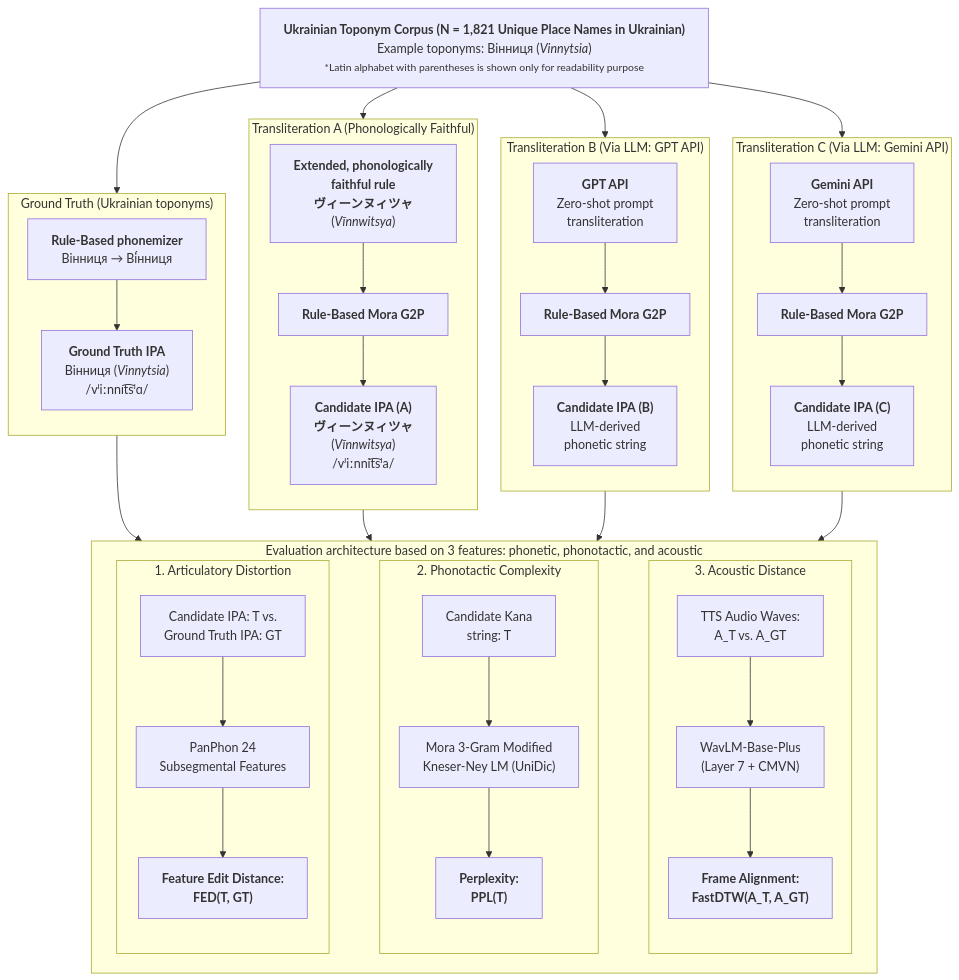
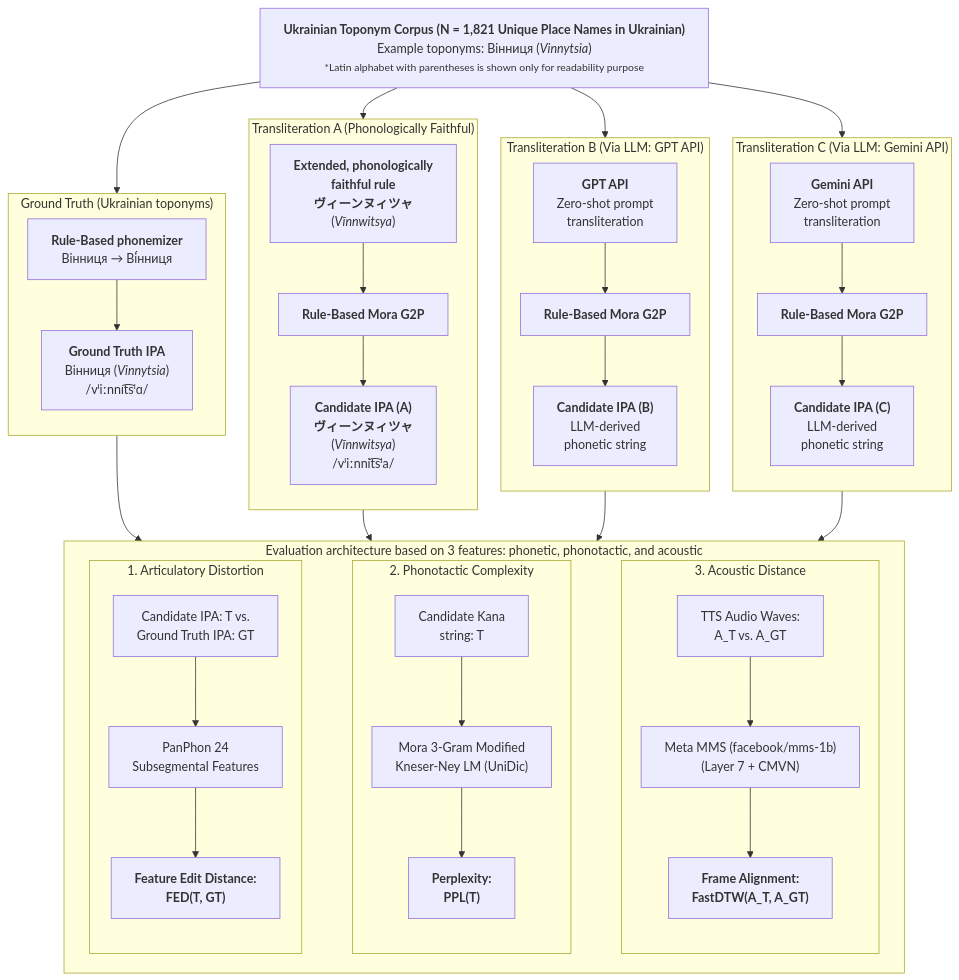
Before and after one commit to katsufu/ukrainian-toponym-japanese-transliteration: the diagram in README.md, drawn with Mermaid. The commit also changed other lines of this file and 5 other files, not shown here.

Commit message:
Improve LLM batch accent-pair splitting and arrow salvage; sync docs to Meta MMS

````diff
--- a/README.md
+++ b/README.md
@@ -28,75 +28,75 @@
 ```mermaid
 %%{init: {'flowchart': {'wrappingWidth': 650, 'nodeSpacing': 30, 'rankSpacing': 40}}}%%
 flowchart TD
     TOP["<b>Ukrainian Toponym Corpus (N = 1,821 Unique Place Names in Ukrainian)</b><br/>Example toponyms: Вінниця (<i>Vinnytsia</i>)<br/><small>*Latin alphabet with parentheses is shown only for readability purpose</small>"]
 
     subgraph COL1 ["Ground Truth (Ukrainian toponyms)"]
         direction TB
         C1_S1["<b>Rule-Based phonemizer</b><br/>Вінниця → Ві́нниця"]
         C1_S2["<b>Ground Truth IPA</b><br/>Вінниця (<i>Vinnytsia</i>)<br/>/vʲiːnnɪt͡sʲɑ/"]
         C1_S1 --> C1_S2
     end
 
     subgraph COL2 ["Transliteration A (Phonologically Faithful)"]
         direction TB
         C2_S1["<b>Extended, phonologically<br/>faithful rule</b><br/><b>ヴィーンヌィツャ</b><br/>(<i>Vīnnwitsya</i>)"]
         C2_S2["<b>Rule-Based Mora G2P</b>"]
         C2_S3["<b>Candidate IPA (A)</b><br/><b>ヴィーンヌィツャ</b><br/>(<i>Vīnnwitsya</i>)<br/>/vʲiːnnit͡sʲa/"]
         C2_S1 --> C2_S2 --> C2_S3
     end
 
     subgraph COL3 ["Transliteration B (Via LLM: GPT API)"]
         direction TB
         C3_S1["<b>GPT API</b><br/>Zero-shot prompt<br/>transliteration"]
         C3_S2["<b>Rule-Based Mora G2P</b>"]
         C3_S3["<b>Candidate IPA (B)</b><br/>LLM-derived<br/>phonetic string"]
         C3_S1 --> C3_S2 --> C3_S3
     end
 
     subgraph COL4 ["Transliteration C (Via LLM: Gemini API)"]
         direction TB
         C4_S1["<b>Gemini API</b><br/>Zero-shot prompt<br/>transliteration"]
         C4_S2["<b>Rule-Based Mora G2P</b>"]
         C4_S3["<b>Candidate IPA (C)</b><br/>LLM-derived<br/>phonetic string"]
         C4_S1 --> C4_S2 --> C4_S3
     end
 
     subgraph EVAL ["Evaluation architecture based on 3 features: phonetic, phonotactic, and acoustic"]
         direction LR
         subgraph E1 ["1. Articulatory Distortion"]
             direction TB
             E1_S1["Candidate IPA: T vs.<br/>Ground Truth IPA: GT"]
             E1_S2["PanPhon 24<br/>Subsegmental Features"]
             E1_S3["<b>Feature Edit Distance:<br/>FED(T, GT)</b>"]
             E1_S1 --> E1_S2 --> E1_S3
         end
 
         subgraph E2 ["2. Phonotactic Complexity"]
             direction TB
             E2_S1["Candidate Kana<br/>string: T"]
             E2_S2["Mora 3-Gram Modified<br/>Kneser-Ney LM (UniDic)"]
             E2_S3["<b>Perplexity:<br/>PPL(T)</b>"]
             E2_S1 --> E2_S2 --> E2_S3
         end
 
         subgraph E3 ["3. Acoustic Distance"]
             direction TB
             E3_S1["TTS Audio Waves:<br/>A_T vs. A_GT"]
-            E3_S2["WavLM-Base-Plus<br/>(Layer 7 + CMVN)"]
+            E3_S2["Meta MMS (facebook/mms-1b)<br/>(Layer 7 + CMVN)"]
             E3_S3["<b>Frame Alignment:<br/>FastDTW(A_T, A_GT)</b>"]
             E3_S1 --> E3_S2 --> E3_S3
         end
 
         E1 ~~~ E2 ~~~ E3
     end
 
     TOP --> COL1
     TOP --> COL2
     TOP --> COL3
     TOP --> COL4
 
     COL1 --> EVAL
     COL2 --> EVAL
     COL3 --> EVAL
     COL4 --> EVAL
 ```
````
